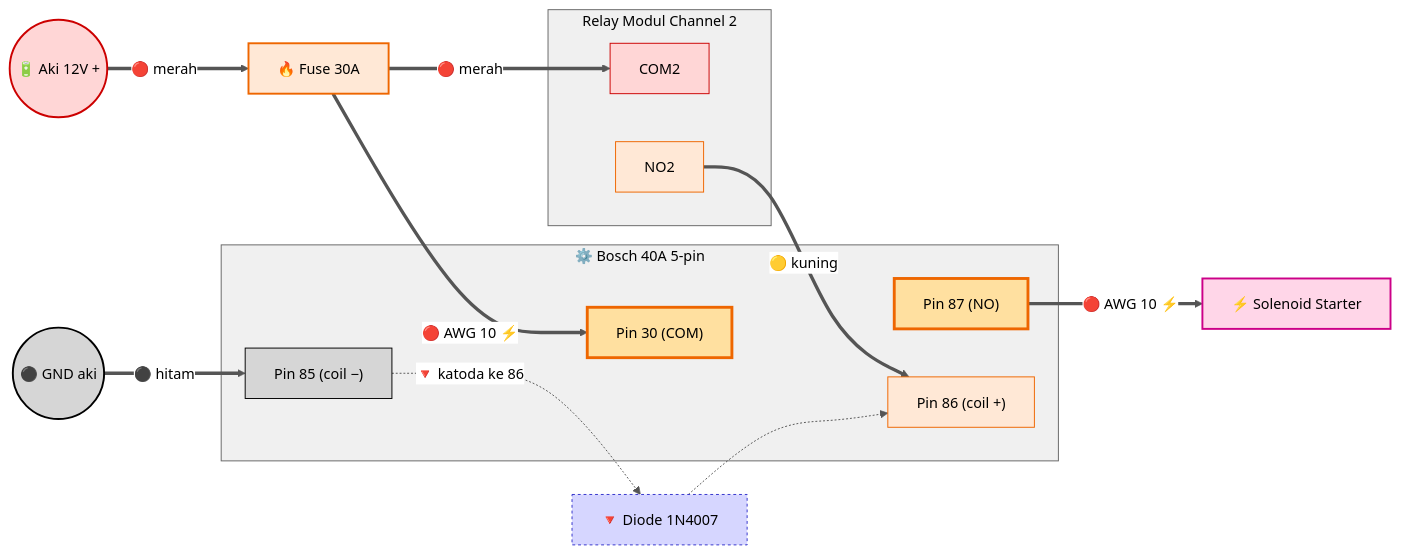
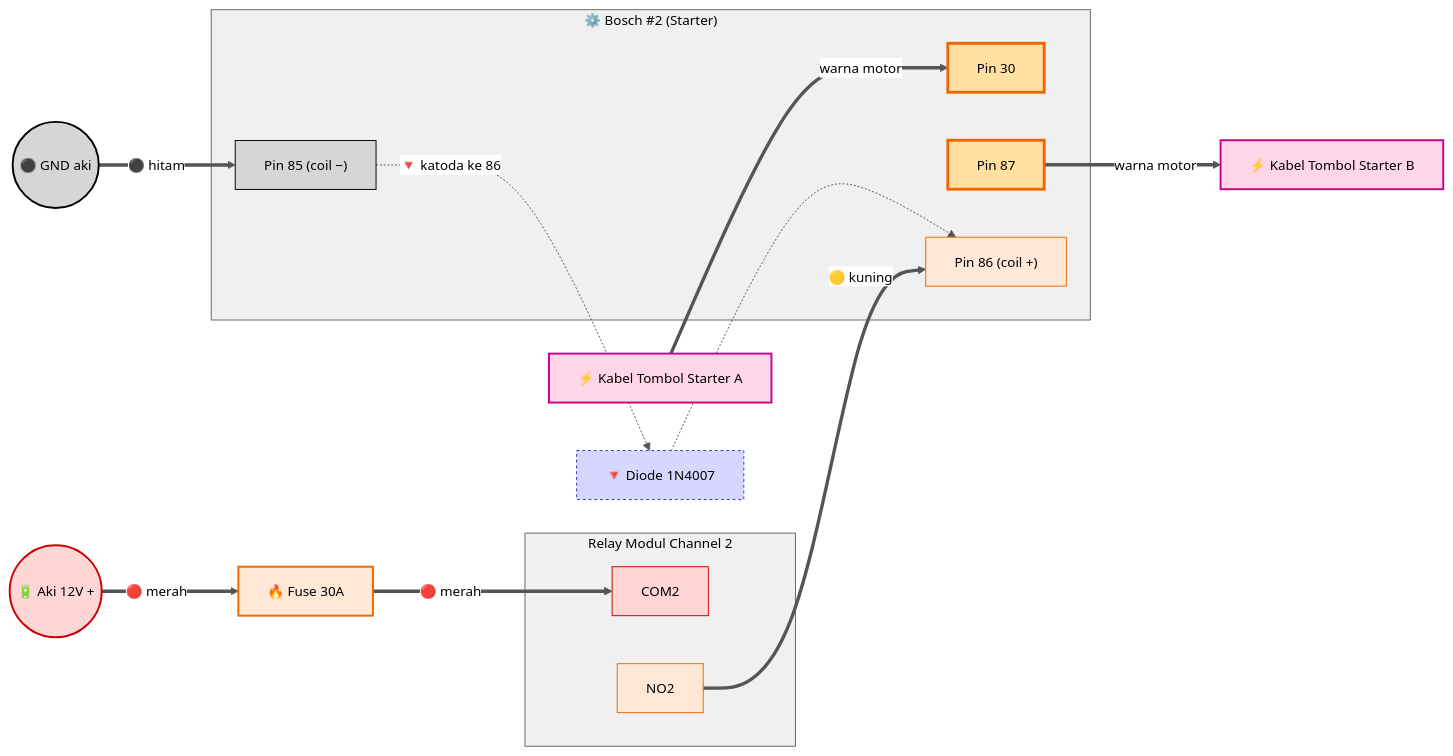
The sixth of 10 diagrams in motor_starter/DIAGRAM_MERMAID.md (umarovk/SIKAMOT), drawn with Mermaid before and after one commit. The commit also changed other lines of this file and 2 other files, not shown here.

First line of the commit message:
docs(motor): wiring cascade 2 Bosch untuk bridge 4 kabel motor

````diff
--- a/motor_starter/DIAGRAM_MERMAID.md
+++ b/motor_starter/DIAGRAM_MERMAID.md
@@ -302,48 +328,50 @@
 ```mermaid
-%%{init: {'theme':'base', 'themeVariables': {'primaryColor':'#ffffff','primaryTextColor':'#000000','primaryBorderColor':'#333333','lineColor':'#555555','clusterBkg':'#f0f0f0','clusterBorder':'#666666','titleColor':'#000000','edgeLabelBackground':'#ffffff','fontSize':'15px'}}}%%
+%%{init: {'theme':'base', 'themeVariables': {'primaryColor':'#ffffff','primaryTextColor':'#000000','primaryBorderColor':'#333333','lineColor':'#555555','clusterBkg':'#f0f0f0','clusterBorder':'#666666','titleColor':'#000000','edgeLabelBackground':'#ffffff','fontSize':'14px'}}}%%
 flowchart LR
     AKI(("🔋 Aki 12V +"))
     FUSE["🔥 Fuse 30A"]
     GND(("⚫ GND aki"))
 
     subgraph REL["Relay Modul Channel 2"]
         com2["COM2"]
         no2["NO2"]
     end
 
-    subgraph BOSCH["⚙️ Bosch 40A 5-pin"]
-        b30["Pin 30 (COM)"]
-        b87["Pin 87 (NO)"]
-        b85["Pin 85 (coil −)"]
-        b86["Pin 86 (coil +)"]
+    subgraph BOSCH2["⚙️ Bosch #2 (Starter)"]
+        b30b["Pin 30"]
+        b87b["Pin 87"]
+        b85b["Pin 85 (coil −)"]
+        b86b["Pin 86 (coil +)"]
     end
 
-    STARTER["⚡ Solenoid Starter"]
-    DIODE["🔻 Diode 1N4007"]
+    ST_A["⚡ Kabel Tombol Starter A"]
+    ST_B["⚡ Kabel Tombol Starter B"]
+    DIODE2["🔻 Diode 1N4007"]
 
-    %% Trigger path (sinyal low-current)
+    %% Trigger path
     AKI ==>|"🔴 merah"| FUSE
     FUSE ==>|"🔴 merah"| com2
-    no2 ==>|"🟡 kuning"| b86
-    GND ==>|"⚫ hitam"| b85
+    no2 ==>|"🟡 kuning"| b86b
+    GND ==>|"⚫ hitam"| b85b
 
-    %% High-current path
-    FUSE ==>|"🔴 AWG 10 ⚡"| b30
-    b87 ==>|"🔴 AWG 10 ⚡"| STARTER
+    %% Bridge path (saklar pengganti)
+    ST_A ==>|"warna motor"| b30b
+    b87b ==>|"warna motor"| ST_B
 
-    %% Flyback diode
-    b85 -.->|"🔻 katoda ke 86"| DIODE
-    DIODE -.-> b86
+    %% Flyback
+    b85b -.->|"🔻 katoda ke 86"| DIODE2
+    DIODE2 -.-> b86b
 
     style AKI fill:#ffd6d6,color:#000000,stroke:#cc0000,stroke-width:2px
     style FUSE fill:#ffe8d6,color:#000000,stroke:#ee6600,stroke-width:2px
     style GND fill:#d6d6d6,color:#000000,stroke:#000000,stroke-width:2px
     style com2 fill:#ffd6d6,color:#000000,stroke:#cc0000
     style no2 fill:#ffe8d6,color:#000000,stroke:#ee6600
-    style b30 fill:#ffe0a0,color:#000000,stroke:#ee6600,stroke-width:3px
-    style b87 fill:#ffe0a0,color:#000000,stroke:#ee6600,stroke-width:3px
-    style b85 fill:#d6d6d6,color:#000000,stroke:#000000
-    style b86 fill:#ffe8d6,color:#000000,stroke:#ee6600
-    style STARTER fill:#ffd6e8,color:#000000,stroke:#cc0088,stroke-width:2px
-    style DIODE fill:#d6d6ff,color:#000000,stroke:#3333cc,stroke-dasharray:3 3
+    style b30b fill:#ffe0a0,color:#000000,stroke:#ee6600,stroke-width:3px
+    style b87b fill:#ffe0a0,color:#000000,stroke:#ee6600,stroke-width:3px
+    style b85b fill:#d6d6d6,color:#000000,stroke:#000000
+    style b86b fill:#ffe8d6,color:#000000,stroke:#ee6600
+    style ST_A fill:#ffd6e8,color:#000000,stroke:#cc0088,stroke-width:2px
+    style ST_B fill:#ffd6e8,color:#000000,stroke:#cc0088,stroke-width:2px
+    style DIODE2 fill:#d6d6ff,color:#000000,stroke:#3333cc,stroke-dasharray:3 3
 ```
````
